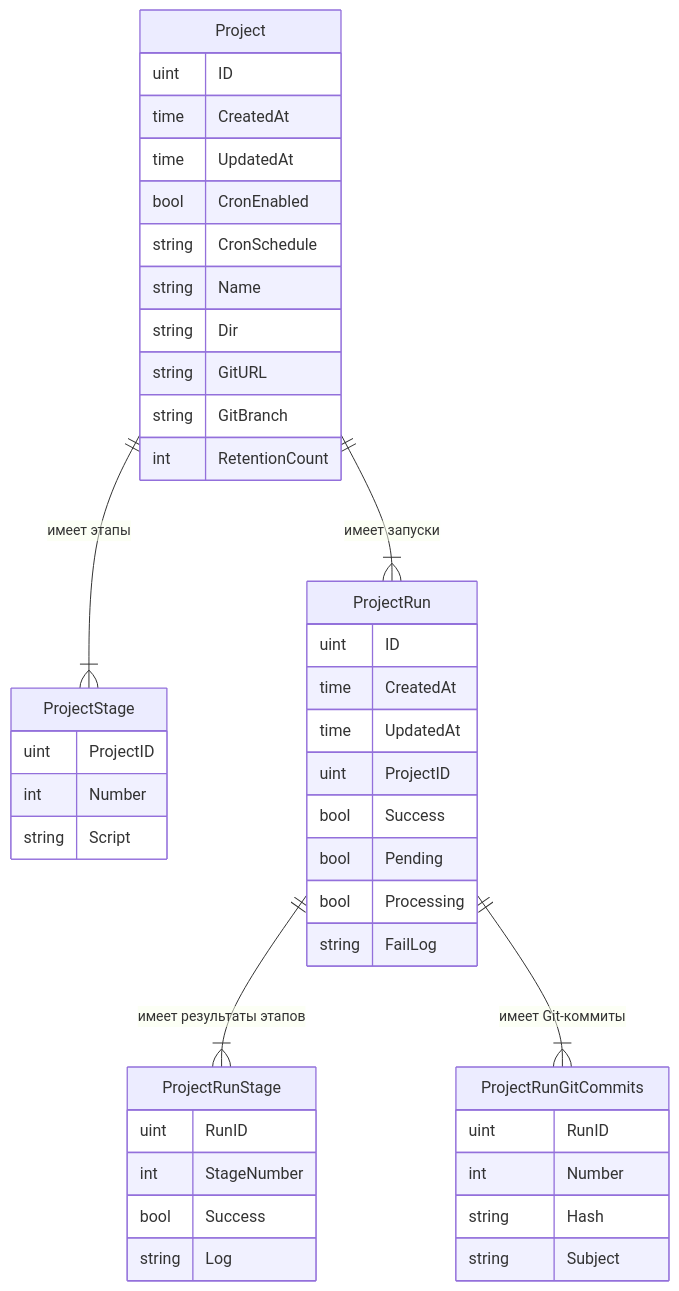
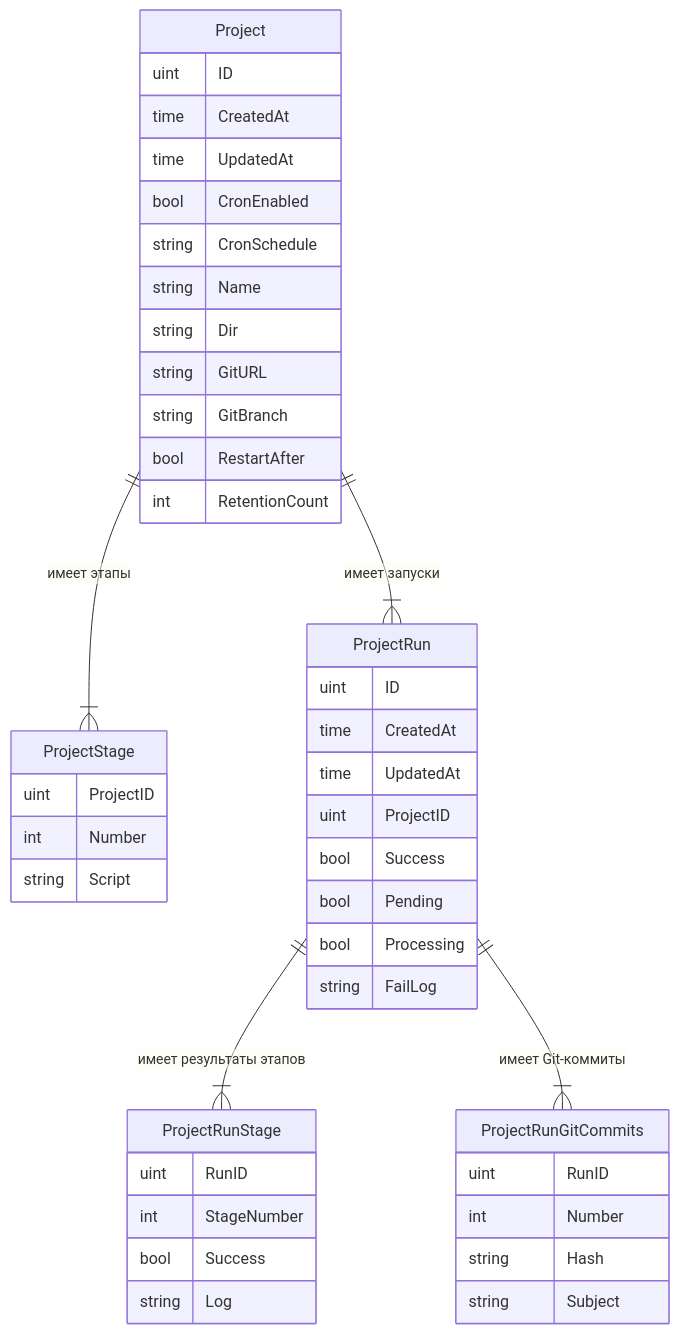
Before and after one commit to gbh007/easyjet: the diagram in docs/business/entity.md, drawn with Mermaid. The commit also changed other lines of this file and 12 other files, not shown here.

````diff
--- a/docs/business/entity.md
+++ b/docs/business/entity.md
@@ -103,51 +105,52 @@
 ```mermaid
 erDiagram
     Project ||--|{ ProjectStage : "имеет этапы"
     Project ||--|{ ProjectRun : "имеет запуски"
     ProjectRun ||--|{ ProjectRunStage : "имеет результаты этапов"
     ProjectRun ||--|{ ProjectRunGitCommits : "имеет Git-коммиты"
 
     Project {
         uint ID
         time CreatedAt
         time UpdatedAt
         bool CronEnabled
         string CronSchedule
         string Name
         string Dir
         string GitURL
         string GitBranch
+        bool RestartAfter
         int RetentionCount
     }
 
     ProjectStage {
         uint ProjectID
         int Number
         string Script
     }
 
     ProjectRun {
         uint ID
         time CreatedAt
         time UpdatedAt
         uint ProjectID
         bool Success
         bool Pending
         bool Processing
         string FailLog
     }
 
     ProjectRunStage {
         uint RunID
         int StageNumber
         bool Success
         string Log
     }
 
     ProjectRunGitCommits {
         uint RunID
         int Number
         string Hash
         string Subject
     }
 ```
````
